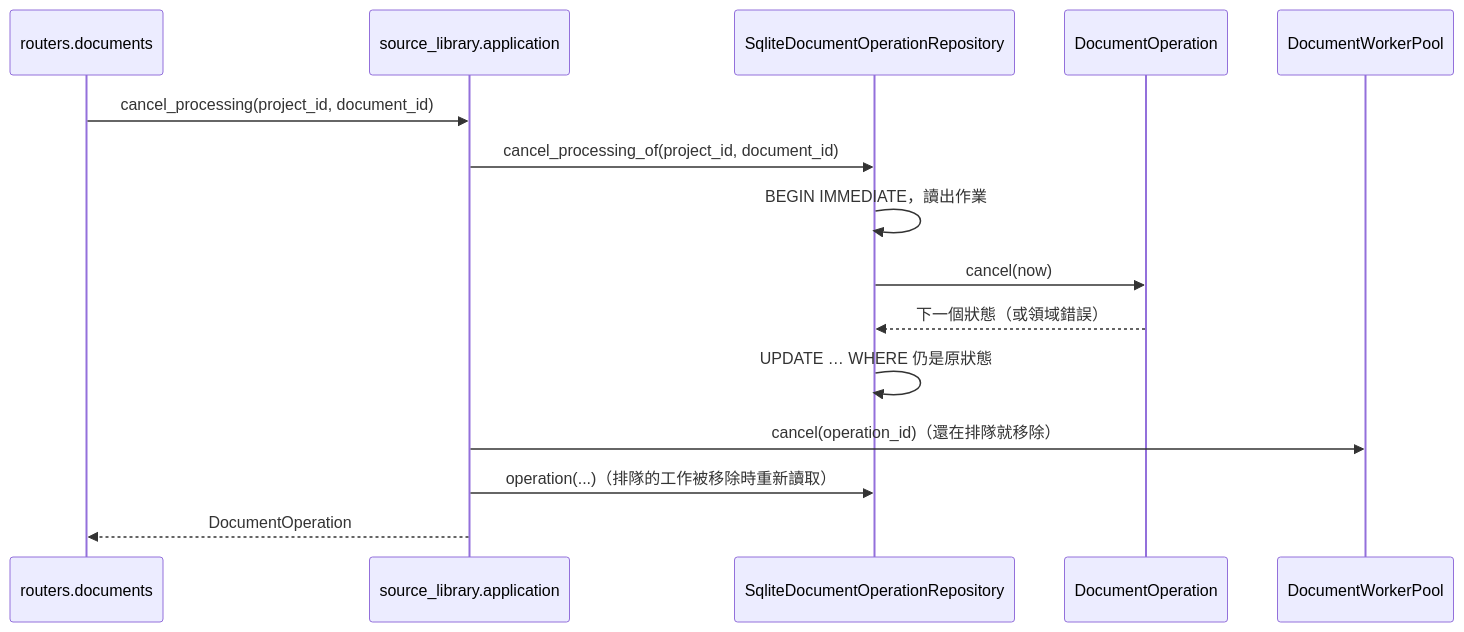
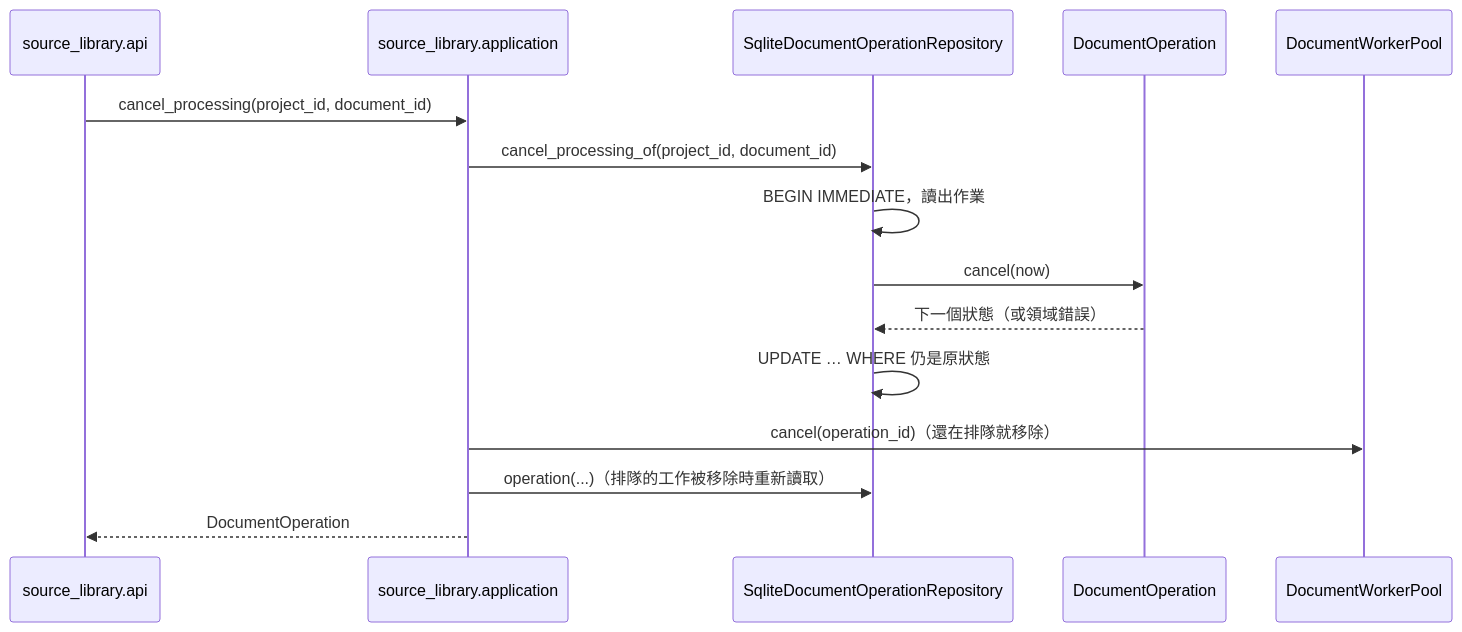
The third of 3 diagrams in docs/domain/source_library.md (WodenWang820118/cert-prep), drawn with Mermaid before and after one commit. The commit also changed other lines of this file and 36 other files, not shown here.

````diff
--- a/docs/domain/source_library.md
+++ b/docs/domain/source_library.md
@@ -148,17 +161,17 @@
 ```mermaid
 sequenceDiagram
-  participant API as routers.documents
+  participant API as source_library.api
   participant UC as source_library.application
   participant Repo as SqliteDocumentOperationRepository
   participant Op as DocumentOperation
   participant Pool as DocumentWorkerPool
   API->>UC: cancel_processing(project_id, document_id)
   UC->>Repo: cancel_processing_of(project_id, document_id)
   Repo->>Repo: BEGIN IMMEDIATE，讀出作業
   Repo->>Op: cancel(now)
   Op-->>Repo: 下一個狀態（或領域錯誤）
   Repo->>Repo: UPDATE … WHERE 仍是原狀態
   UC->>Pool: cancel(operation_id)（還在排隊就移除）
   UC->>Repo: operation(...)（排隊的工作被移除時重新讀取）
   UC-->>API: DocumentOperation
 ```
````
